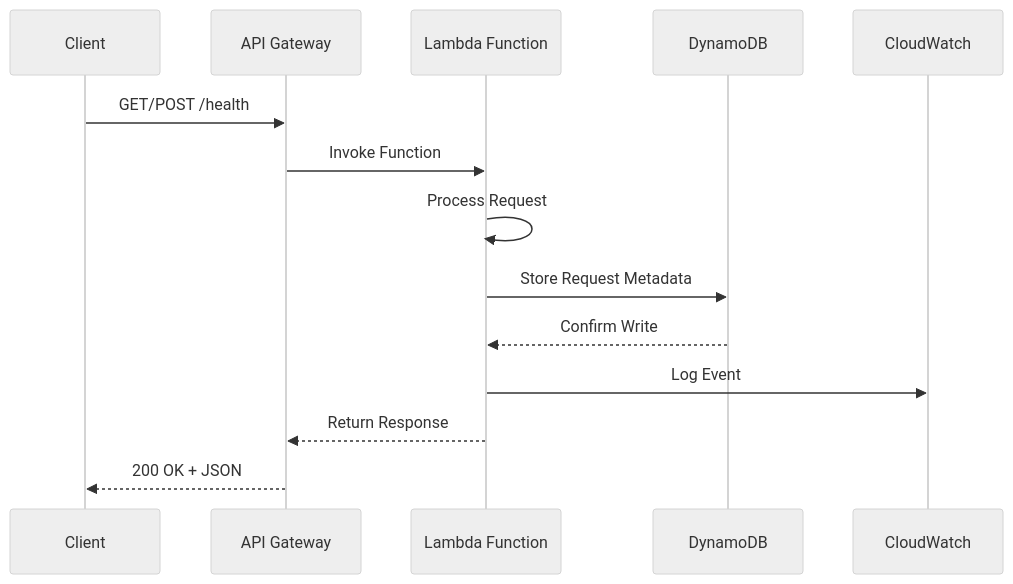
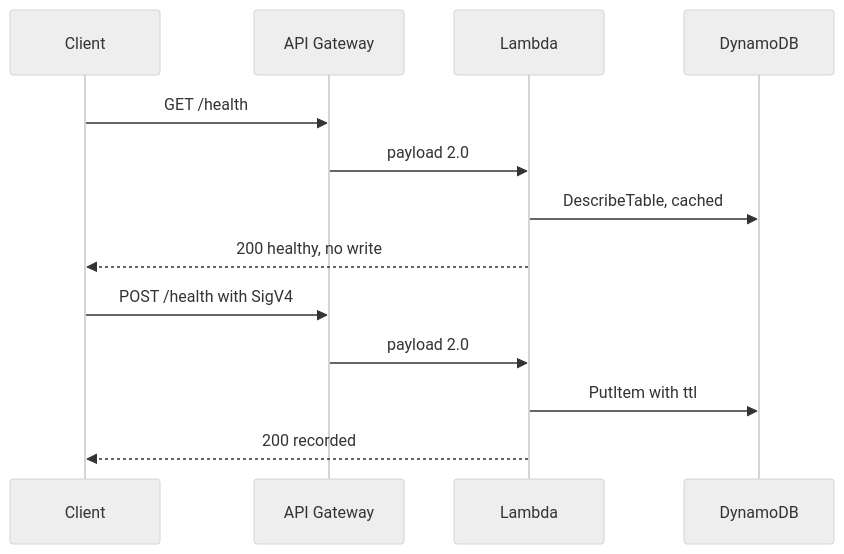
Before and after one commit to lloredia/serverless-health-check: the second of 3 diagrams in README.md, drawn with Mermaid (neutral theme). The commit also changed other lines of this file and 37 other files, not shown here.

````diff
--- a/README.md
+++ b/README.md
@@ -118,17 +124,17 @@
 ```mermaid
 sequenceDiagram
     participant Client
     participant APIGW as API Gateway
-    participant Lambda as Lambda Function
+    participant Lambda
     participant DDB as DynamoDB
-    participant CW as CloudWatch
 
-    Client->>APIGW: GET/POST /health
-    APIGW->>Lambda: Invoke Function
-    Lambda->>Lambda: Process Request
-    Lambda->>DDB: Store Request Metadata
-    DDB-->>Lambda: Confirm Write
-    Lambda->>CW: Log Event
-    Lambda-->>APIGW: Return Response
-    APIGW-->>Client: 200 OK + JSON
+    Client->>APIGW: GET /health
+    APIGW->>Lambda: payload 2.0
+    Lambda->>DDB: DescribeTable, cached
+    Lambda-->>Client: 200 healthy, no write
+
+    Client->>APIGW: POST /health with SigV4
+    APIGW->>Lambda: payload 2.0
+    Lambda->>DDB: PutItem with ttl
+    Lambda-->>Client: 200 recorded
 ```
````
